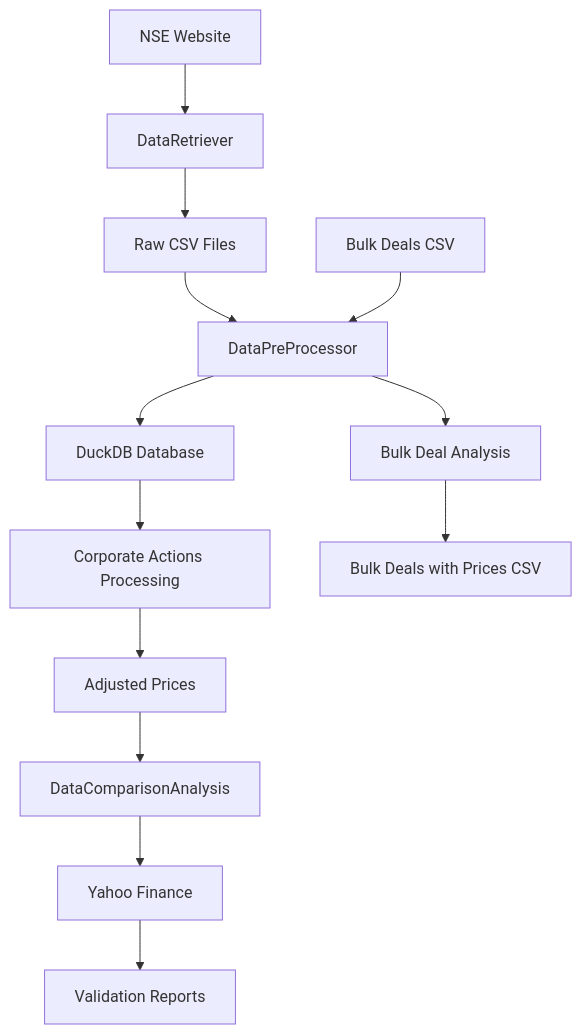
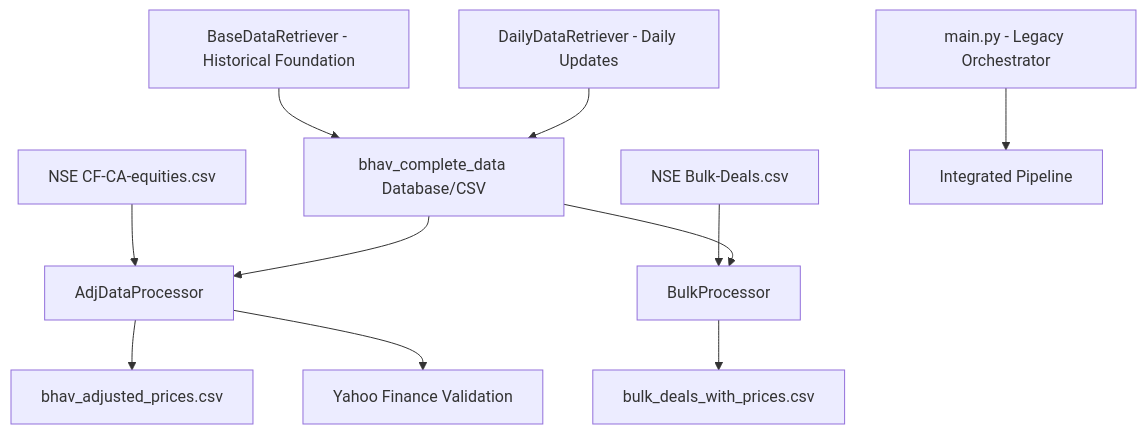
Before and after one commit to AakarM1/NSE_Pipeline: the first of 3 diagrams in README.md, drawn with Mermaid. The commit also changed other lines of this file and 1 other file, not shown here.

````diff
--- a/README.md
+++ b/README.md
@@ -324,16 +303,13 @@
 ```mermaid
 graph TD
-    A[NSE Website] --> B[DataRetriever]
-    B --> C[Raw CSV Files]
-    C --> D[DataPreProcessor]
-    D --> E[DuckDB Database]
-    E --> F[Corporate Actions Processing]
-    F --> G[Adjusted Prices]
-    G --> H[DataComparisonAnalysis]
-    H --> I[Yahoo Finance]
-    I --> J[Validation Reports]
-    
-    K[Bulk Deals CSV] --> D
-    D --> L[Bulk Deal Analysis]
-    L --> M[Bulk Deals with Prices CSV]
+    A[BaseDataRetriever - Historical Foundation] --> B[bhav_complete_data Database/CSV]
+    C[DailyDataRetriever - Daily Updates] --> B
+    D[NSE CF-CA-equities.csv] --> E[AdjDataProcessor]
+    B --> E
+    E --> F[bhav_adjusted_prices.csv]
+    E --> G[Yahoo Finance Validation]
+    H[NSE Bulk-Deals.csv] --> I[BulkProcessor]
+    B --> I
+    I --> J[bulk_deals_with_prices.csv]
+    K[main.py - Legacy Orchestrator] --> L[Integrated Pipeline]
 ```
````
